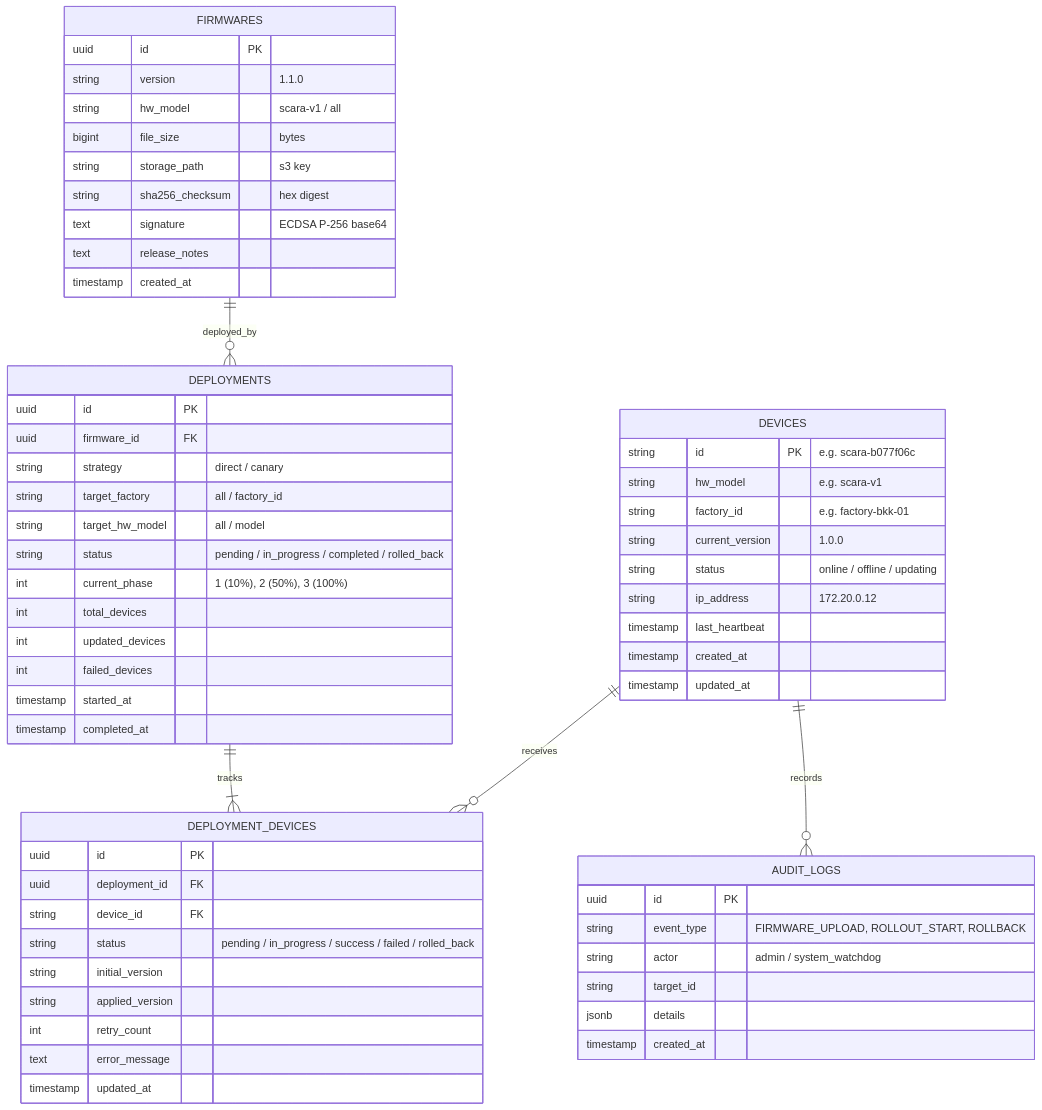
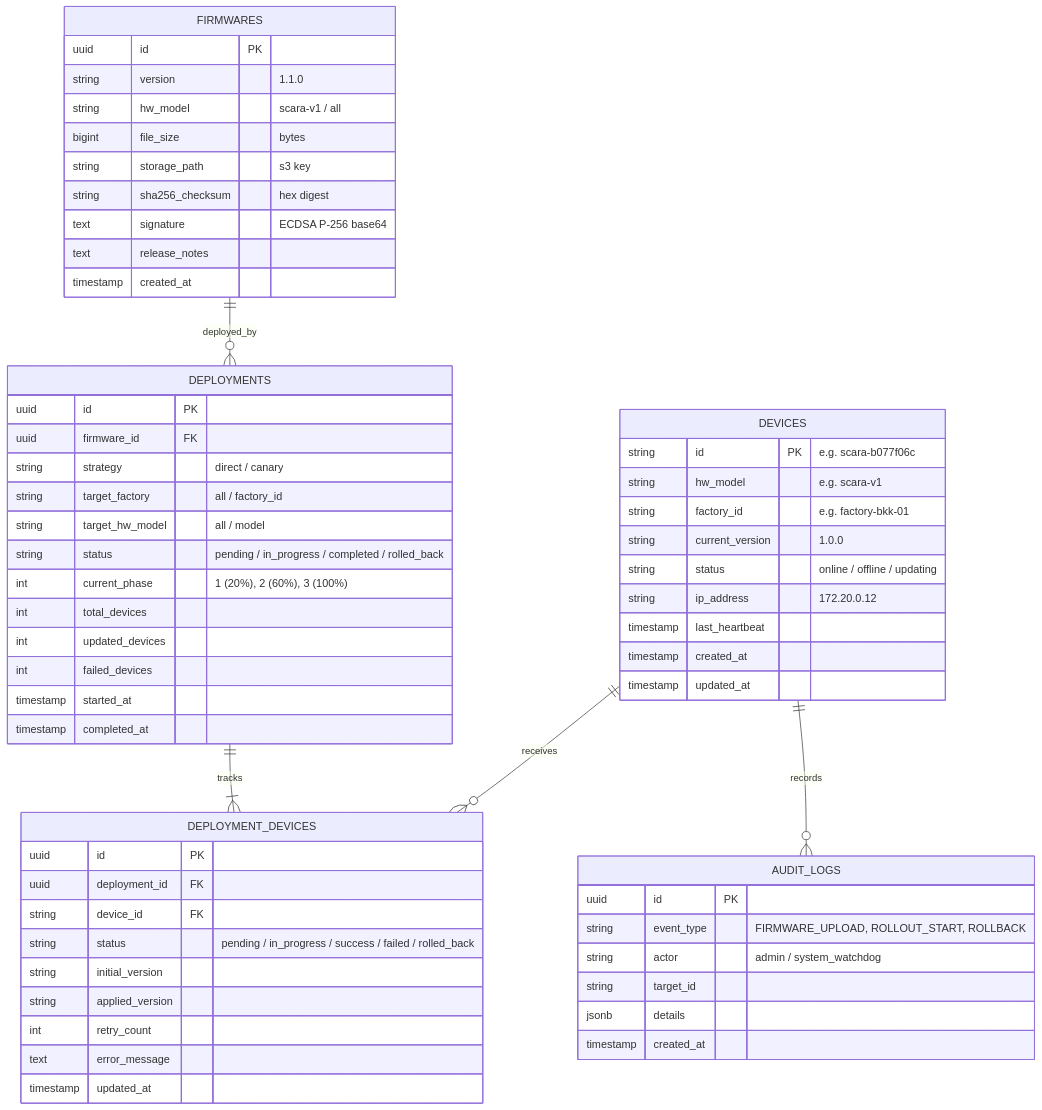
One commit to 50kthaipat/ota-robot-system changed the diagram in docs/design/DATABASE_SCHEMA.md. Above: the diagram before and after it, drawn with Mermaid. The commit also changed other lines of this file and 18 other files, not shown here.

````diff
--- a/docs/design/DATABASE_SCHEMA.md
+++ b/docs/design/DATABASE_SCHEMA.md
@@ -13,67 +13,67 @@
 ```mermaid
 erDiagram
     DEVICES ||--o{ DEPLOYMENT_DEVICES : receives
     DEPLOYMENTS ||--|{ DEPLOYMENT_DEVICES : tracks
     FIRMWARES ||--o{ DEPLOYMENTS : deployed_by
     DEVICES ||--o{ AUDIT_LOGS : records
 
     DEVICES {
         string id PK "e.g. scara-b077f06c"
         string hw_model "e.g. scara-v1"
         string factory_id "e.g. factory-bkk-01"
         string current_version "1.0.0"
         string status "online / offline / updating"
         string ip_address "172.20.0.12"
         timestamp last_heartbeat
         timestamp created_at
         timestamp updated_at
     }
 
     FIRMWARES {
         uuid id PK
         string version "1.1.0"
         string hw_model "scara-v1 / all"
         bigint file_size "bytes"
         string storage_path "s3 key"
         string sha256_checksum "hex digest"
         text signature "ECDSA P-256 base64"
         text release_notes
         timestamp created_at
     }
 
     DEPLOYMENTS {
         uuid id PK
         uuid firmware_id FK
         string strategy "direct / canary"
         string target_factory "all / factory_id"
         string target_hw_model "all / model"
         string status "pending / in_progress / completed / rolled_back"
-        int current_phase "1 (10%), 2 (50%), 3 (100%)"
+        int current_phase "1 (20%), 2 (60%), 3 (100%)"
         int total_devices
         int updated_devices
         int failed_devices
         timestamp started_at
         timestamp completed_at
     }
 
     DEPLOYMENT_DEVICES {
         uuid id PK
         uuid deployment_id FK
         string device_id FK
         string status "pending / in_progress / success / failed / rolled_back"
         string initial_version
         string applied_version
         int retry_count
         text error_message
         timestamp updated_at
     }
 
     AUDIT_LOGS {
         uuid id PK
         string event_type "FIRMWARE_UPLOAD, ROLLOUT_START, ROLLBACK"
         string actor "admin / system_watchdog"
         string target_id
         jsonb details
         timestamp created_at
     }
 ```
````
